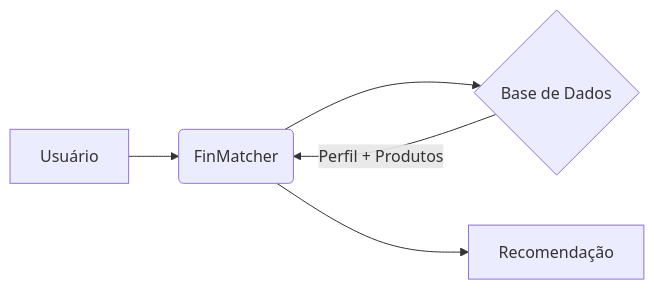
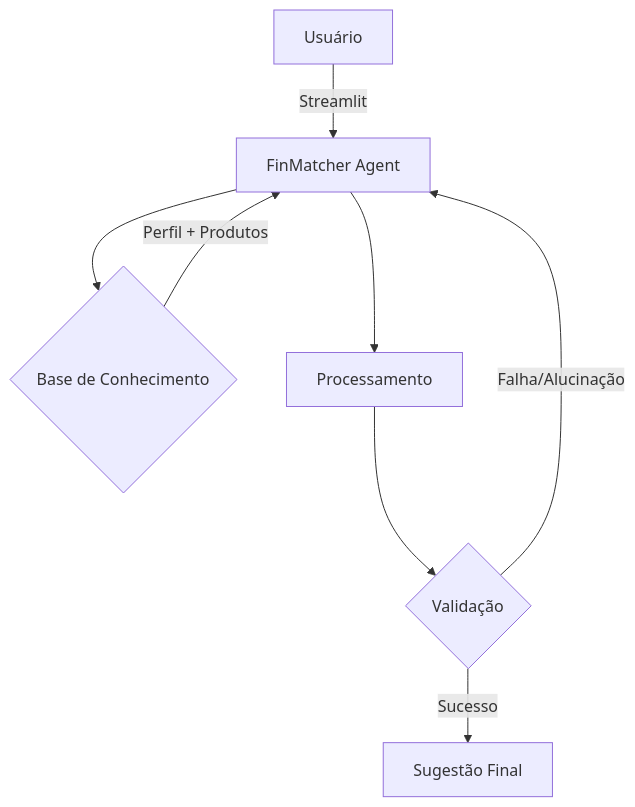
Before and after one commit to Gerbrother-8/esquece_dio-lab-bia-do-futuro: the diagram in docs/01-documentacao-agente.md, drawn with Mermaid. The commit also changed other lines of this file, not shown here.

Commit message:
Update terminology from 'recomendação' to 'sugestão'

````diff
--- a/docs/01-documentacao-agente.md
+++ b/docs/01-documentacao-agente.md
@@ -38,8 +38,11 @@
 ```mermaid
-flowchart LR
-    A[Usuário] --> B(FinMatcher)
-    B --> C{Base de Dados}
+flowchart TD
+    A[Usuário] -->|Streamlit| B[FinMatcher Agent]
+    B --> C{Base de Conhecimento}
     C -->|Perfil + Produtos| B
-    B --> D[Recomendação]
+    B --> D[Processamento]
+    D --> E{Validação}
+    E -->|Sucesso| F[Sugestão Final]
+    E -->|Falha/Alucinação| B
 
 ```
````
